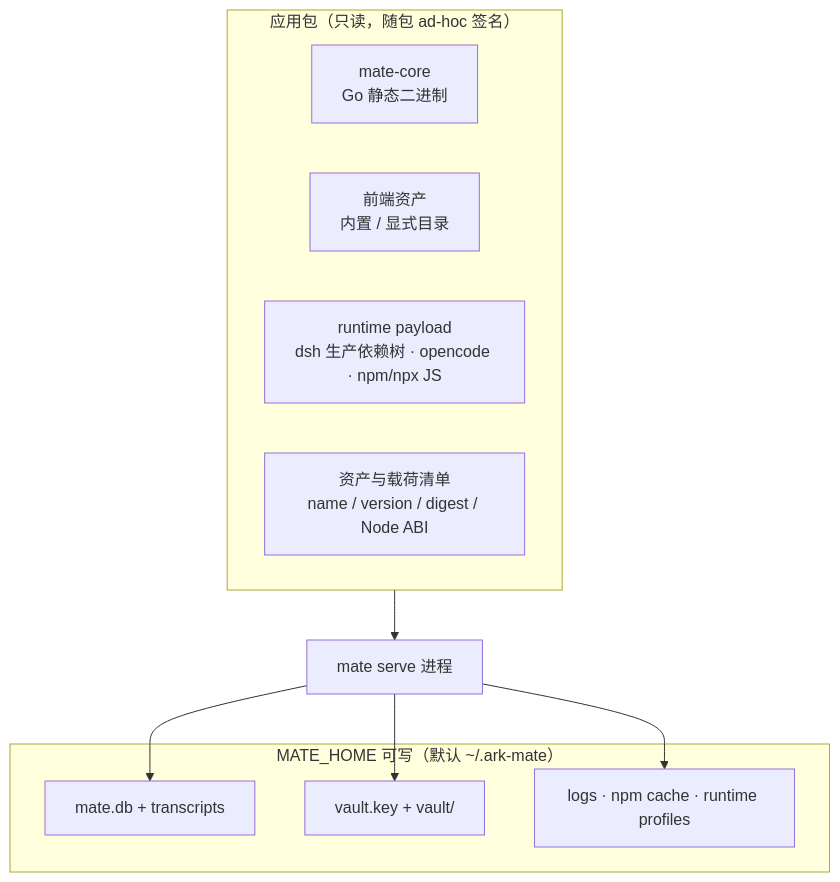
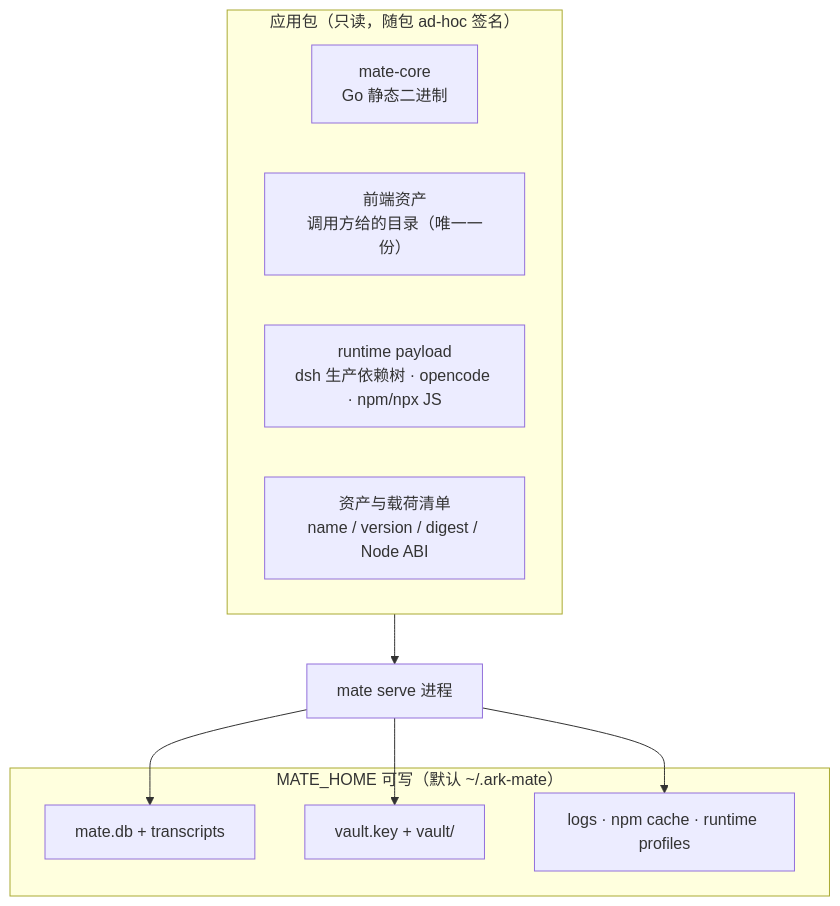
One commit to morehao/ark-mate changed the second of 3 diagrams in docs/desktop-architecture-design-20260928.md. Above: the diagram before and after it, drawn with Mermaid. The commit also changed other lines of this file and 41 other files, not shown here.

````diff
--- a/docs/desktop-architecture-design-20260928.md
+++ b/docs/desktop-architecture-design-20260928.md
@@ -294,19 +313,19 @@
 ```mermaid
 graph TB
   subgraph Bundle["应用包（只读，随包 ad-hoc 签名）"]
     CoreBin["mate-core<br>Go 静态二进制"]
-    Assets["前端资产<br>内置 / 显式目录"]
+    Assets["前端资产<br>调用方给的目录（唯一一份）"]
     Payload["runtime payload<br>dsh 生产依赖树 · opencode · npm/npx JS"]
     Manifest["资产与载荷清单<br>name / version / digest / Node ABI"]
   end
   subgraph Home["MATE_HOME 可写（默认 ~/.ark-mate）"]
     DB["mate.db + transcripts"]
     Vault["vault.key + vault/"]
     State["logs · npm cache · runtime profiles"]
   end
   Core["mate serve 进程"]
   Bundle --> Core
   Core --> DB
   Core --> Vault
   Core --> State
 ```
````
